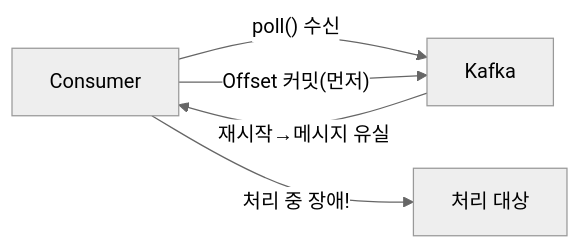
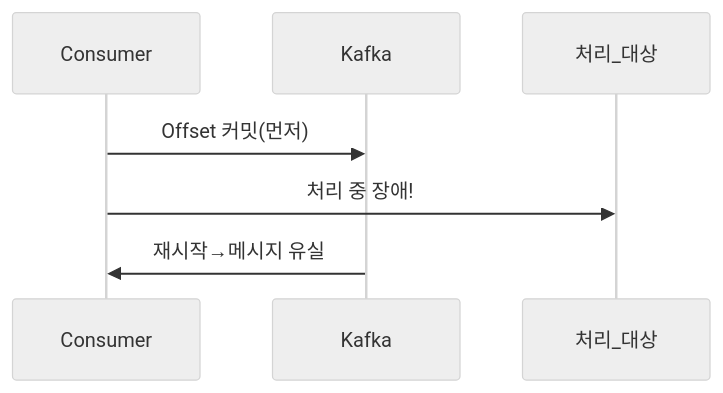
Diagram 11 of 21 in _posts/kafka/2026-05-01-kafka-internals.md (yjkim2015/yjkim2015.github.io), drawn with Mermaid (neutral theme) before and after one commit. The commit also changed other lines of this file and 89 other files, not shown here.

First line of the commit message:
복잡한 flowchart 163개 → sequenceDiagram 변환 (90파일)

````diff
--- a/_posts/kafka/2026-05-01-kafka-internals.md
+++ b/_posts/kafka/2026-05-01-kafka-internals.md
@@ -294,7 +292,6 @@
 ```mermaid
-graph LR
-    C["Consumer"] -->|"poll() 수신"| K["Kafka"]
-    C -->|"Offset 커밋(먼저)"| K
-    C -->|"처리 중 장애!"| DB["처리 대상"]
-    K -->|"재시작→메시지 유실"| C
+sequenceDiagram
+    Consumer->>Kafka: Offset 커밋(먼저)
+    Consumer->>처리_대상: 처리 중 장애!
+    Kafka->>Consumer: 재시작→메시지 유실
 ```
````
